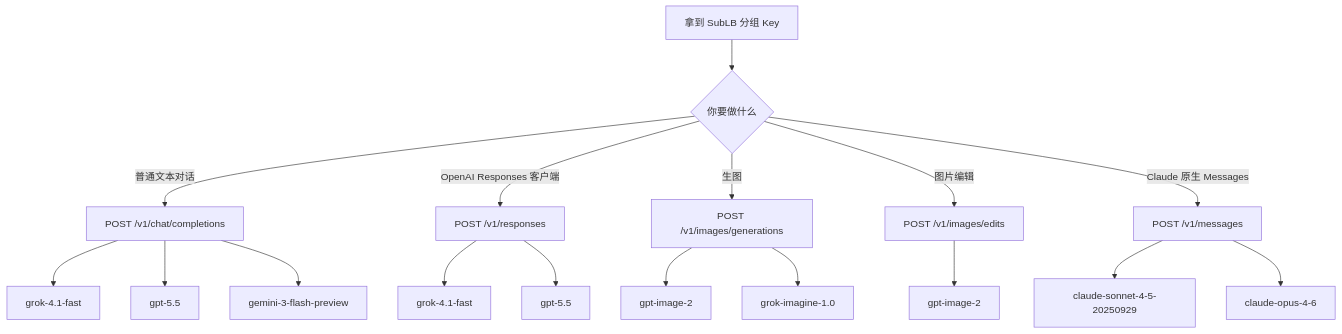
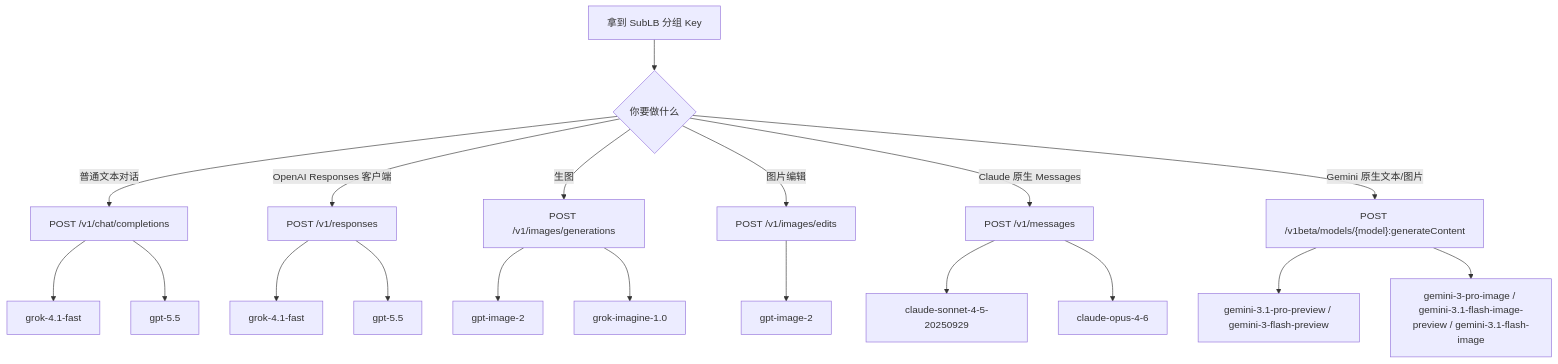
One commit to mason0510/sublb-demo changed the diagram in sublb_grok_openai_gemini_claude_API文档.md. Above: the diagram before and after it, drawn with Mermaid. The commit also changed other lines of this file and 3 other files, not shown here.

````diff
--- a/sublb_grok_openai_gemini_claude_API文档.md
+++ b/sublb_grok_openai_gemini_claude_API文档.md
@@ -19,20 +19,22 @@
 ```mermaid
 flowchart TD
   A[拿到 SubLB 分组 Key] --> B{你要做什么}
   B -->|普通文本对话| C["POST /v1/chat/completions"]
   B -->|OpenAI Responses 客户端| D["POST /v1/responses"]
   B -->|生图| E["POST /v1/images/generations"]
   B -->|图片编辑| F["POST /v1/images/edits"]
   B -->|Claude 原生 Messages| G["POST /v1/messages"]
+  B -->|Gemini 原生文本/图片| H["POST /v1beta/models/{model}:generateContent"]
 
   C --> C1[grok-4.1-fast]
   C --> C2[gpt-5.5]
-  C --> C3[gemini-3-flash-preview]
   D --> D1[grok-4.1-fast]
   D --> D2[gpt-5.5]
   E --> E1[gpt-image-2]
   E --> E2[grok-imagine-1.0]
   F --> F1[gpt-image-2]
   G --> G1[claude-sonnet-4-5-20250929]
   G --> G2[claude-opus-4-6]
+  H --> H1[gemini-3.1-pro-preview / gemini-3-flash-preview]
+  H --> H2[gemini-3-pro-image / gemini-3.1-flash-image-preview / gemini-3.1-flash-image]
 ```
````
